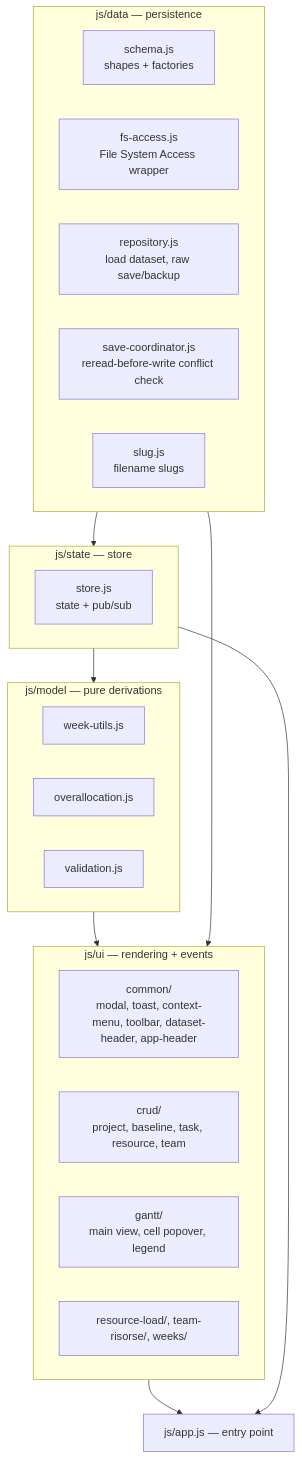
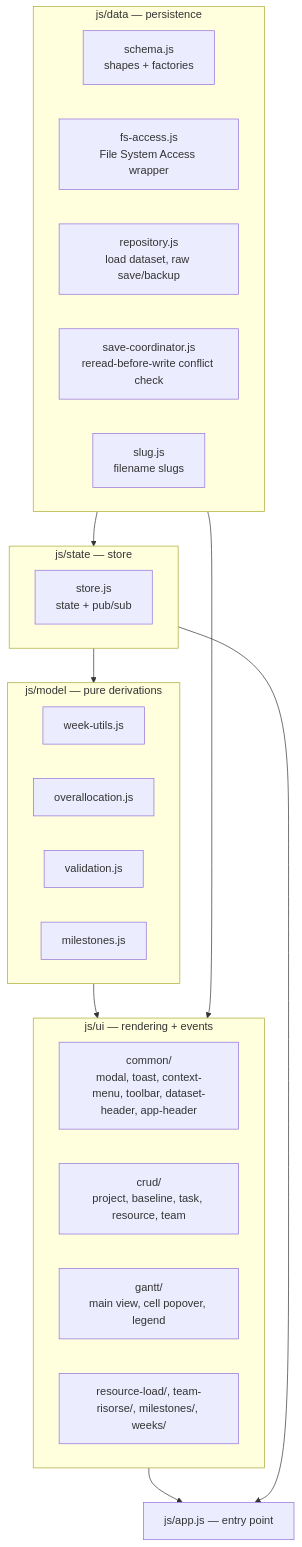
Before and after one commit to alexscarcella/Weavo: the first of 2 diagrams in docs/architecture.md, drawn with Mermaid. The commit also changed other lines of this file and 18 other files, not shown here.

````diff
--- a/docs/architecture.md
+++ b/docs/architecture.md
@@ -31,32 +31,33 @@
 ```mermaid
 flowchart TB
     subgraph data["js/data — persistence"]
         schema["schema.js\nshapes + factories"]
         fsaccess["fs-access.js\nFile System Access wrapper"]
         repository["repository.js\nload dataset, raw save/backup"]
         savecoord["save-coordinator.js\nreread-before-write conflict check"]
         slug["slug.js\nfilename slugs"]
     end
     subgraph state["js/state — store"]
         store["store.js\nstate + pub/sub"]
     end
     subgraph model["js/model — pure derivations"]
         weekutils["week-utils.js"]
         overalloc["overallocation.js"]
         validation["validation.js"]
+        milestones["milestones.js"]
     end
     subgraph ui["js/ui — rendering + events"]
         common["common/\nmodal, toast, context-menu, toolbar, dataset-header, app-header"]
         crud["crud/\nproject, baseline, task, resource, team"]
         gantt["gantt/\nmain view, cell popover, legend"]
-        other["resource-load/, team-risorse/, weeks/"]
+        other["resource-load/, team-risorse/, milestones/, weeks/"]
     end
     app["js/app.js — entry point"]
 
     data --> state
     state --> model
     model --> ui
     data --> ui
     ui --> app
     state --> app
 ```
````
